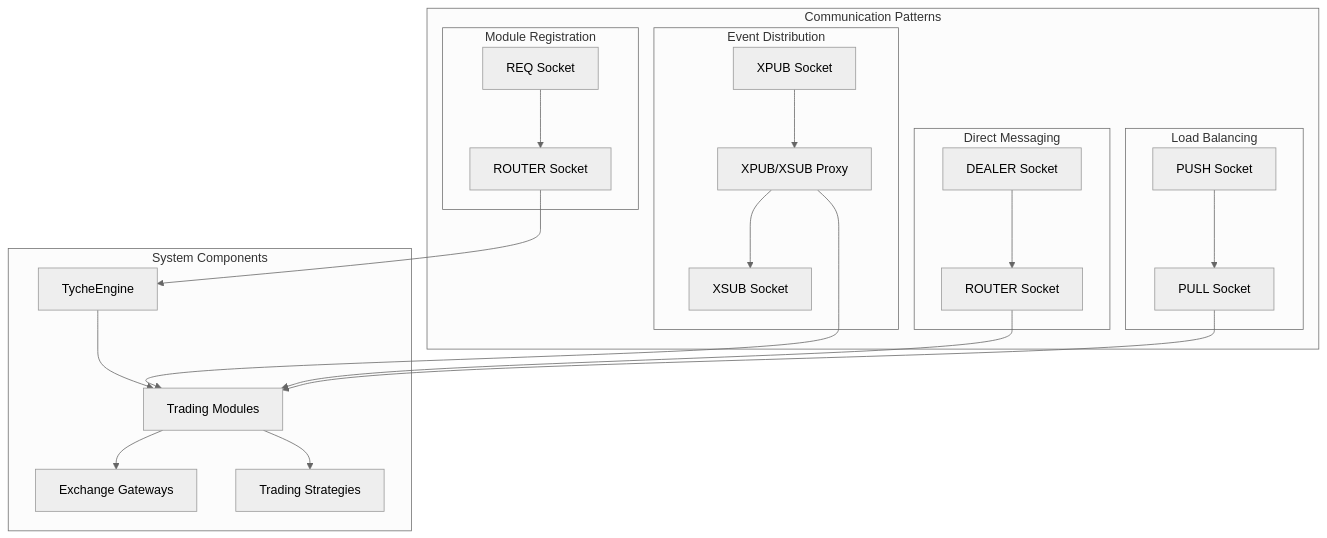
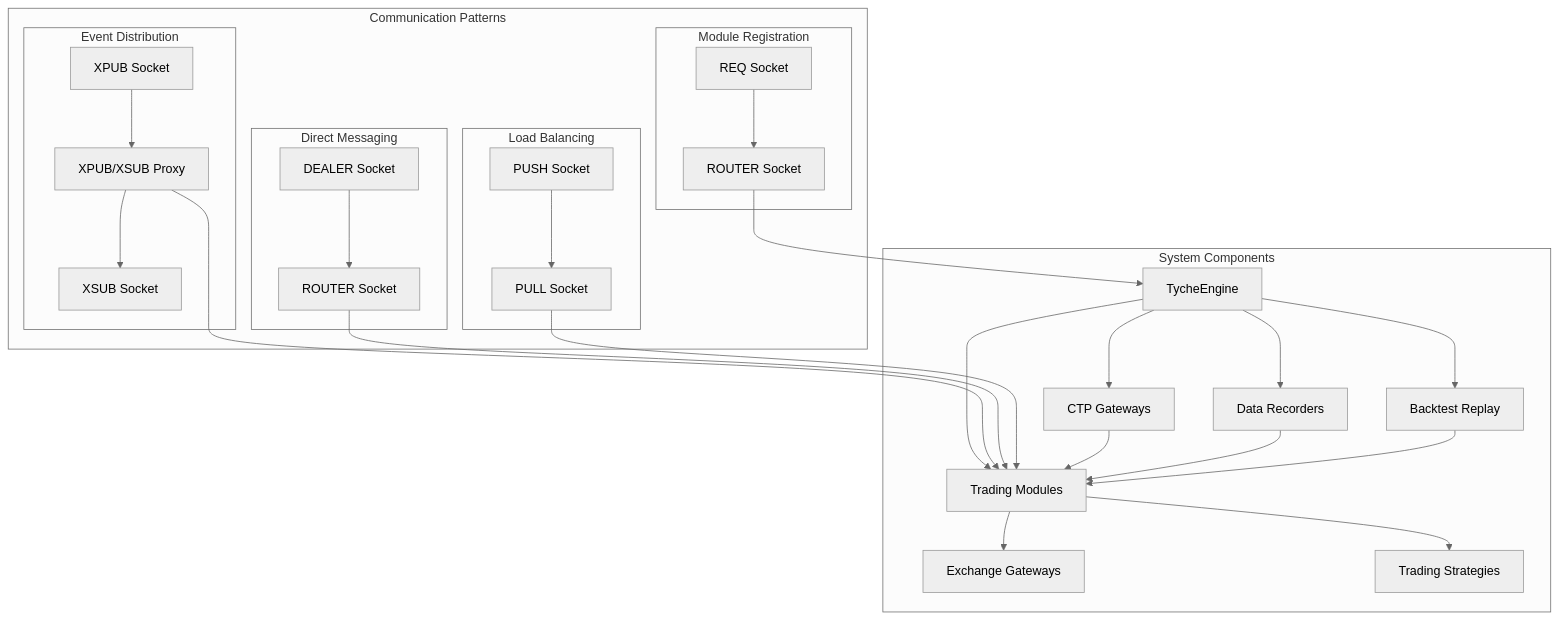
Before and after one commit to zt281/TycheEngine: the second of 17 diagrams in .qoder/repowiki/en/content/Core Components/Multi-Asset Trading System.md, drawn with Mermaid (neutral theme). The commit also changed other lines of this file and 4 other files, not shown here.

````diff
--- a/.qoder/repowiki/en/content/Core Components/Multi-Asset Trading System.md
+++ b/.qoder/repowiki/en/content/Core Components/Multi-Asset Trading System.md
@@ -124,40 +159,49 @@
 ```mermaid
 graph TB
 subgraph "Communication Patterns"
 subgraph "Module Registration"
 REG_REQ[REQ Socket]
 REG_ROUTER[ROUTER Socket]
 end
 subgraph "Event Distribution"
 XPUB[XPUB Socket]
 XSUB[XSUB Socket]
 PROXY[XPUB/XSUB Proxy]
 end
 subgraph "Direct Messaging"
 DEALER[DEALER Socket]
 ROUTER[ROUTER Socket]
 end
 subgraph "Load Balancing"
 PUSH[PUSH Socket]
 PULL[PULL Socket]
 end
 end
 subgraph "System Components"
 ENGINE[TycheEngine]
 MODULES[Trading Modules]
 GATEWAYS[Exchange Gateways]
 STRATEGIES[Trading Strategies]
+CTP_GATEWAY[CTP Gateways]
+RECORDERS[Data Recorders]
+REPLAYS[Backtest Replay]
 end
 REG_REQ --> REG_ROUTER
 REG_ROUTER --> ENGINE
 ENGINE --> MODULES
+ENGINE --> CTP_GATEWAY
+ENGINE --> RECORDERS
+ENGINE --> REPLAYS
 XPUB --> PROXY
 PROXY --> XSUB
 PROXY --> MODULES
 DEALER --> ROUTER
 ROUTER --> MODULES
 PUSH --> PULL
 PULL --> MODULES
 MODULES --> GATEWAYS
 MODULES --> STRATEGIES
+CTP_GATEWAY --> MODULES
+RECORDERS --> MODULES
+REPLAYS --> MODULES
 ```
````
